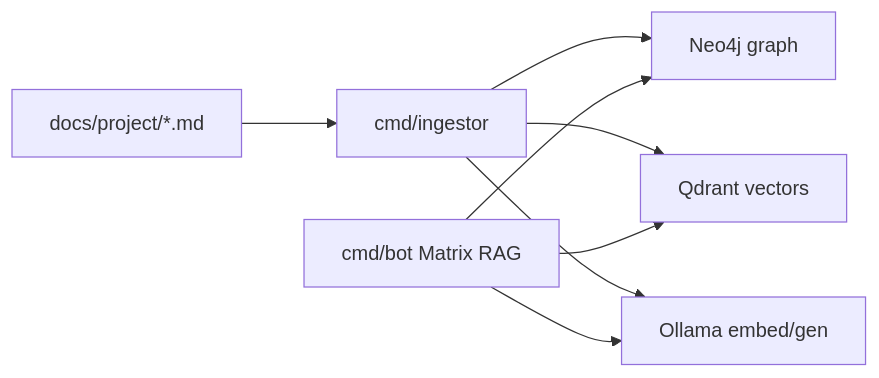
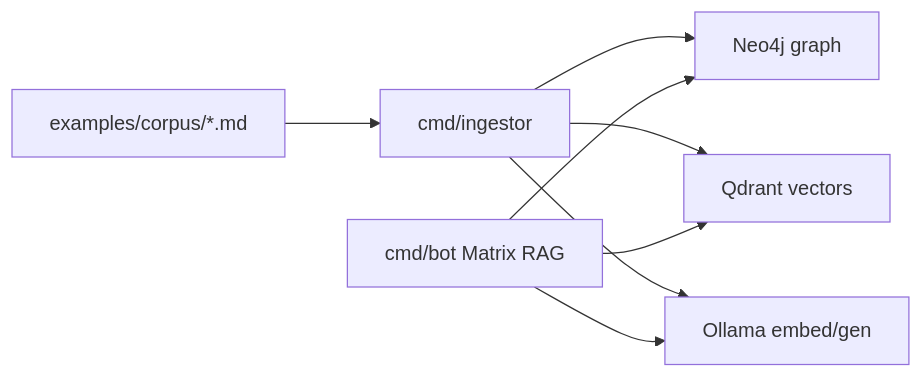
Before and after one commit to eSlider/go-second-brain: the diagram in docs/system/architecture.md, drawn with Mermaid. The commit also changed other lines of this file and 27 other files, not shown here.

````diff
--- a/docs/system/architecture.md
+++ b/docs/system/architecture.md
@@ -21,16 +22,16 @@
 ```mermaid
 flowchart LR
-  MD["docs/project/*.md"]
+  MD["examples/corpus/*.md"]
   Ingestor["cmd/ingestor"]
   Neo4j["Neo4j graph"]
   Qdrant["Qdrant vectors"]
   Ollama["Ollama embed/gen"]
   Bot["cmd/bot Matrix RAG"]
   MD --> Ingestor
   Ingestor --> Neo4j
   Ingestor --> Qdrant
   Ingestor --> Ollama
   Bot --> Qdrant
   Bot --> Ollama
   Bot --> Neo4j
 ```
````
